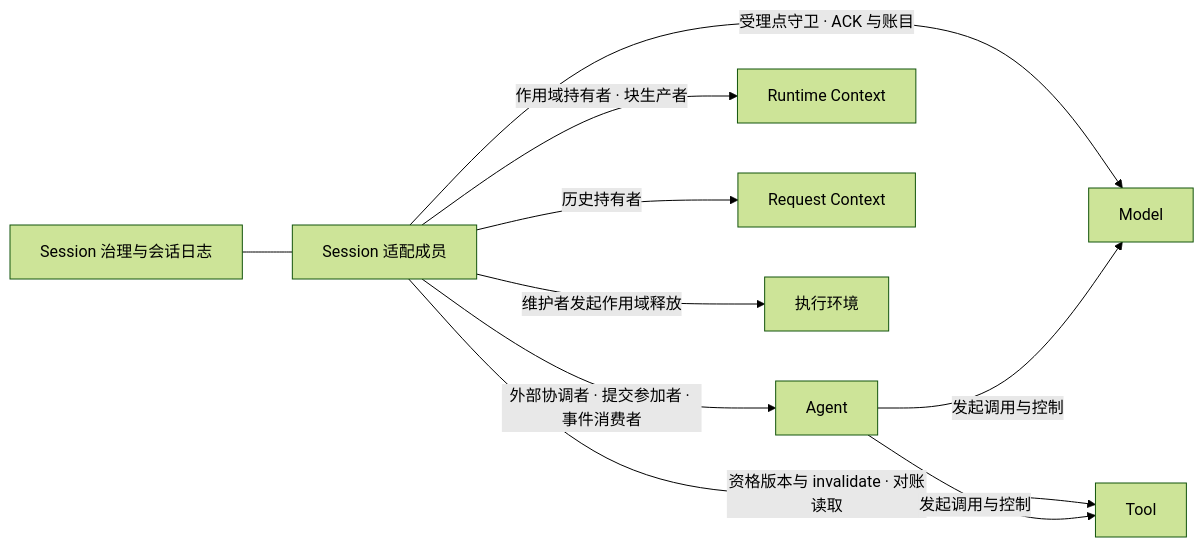
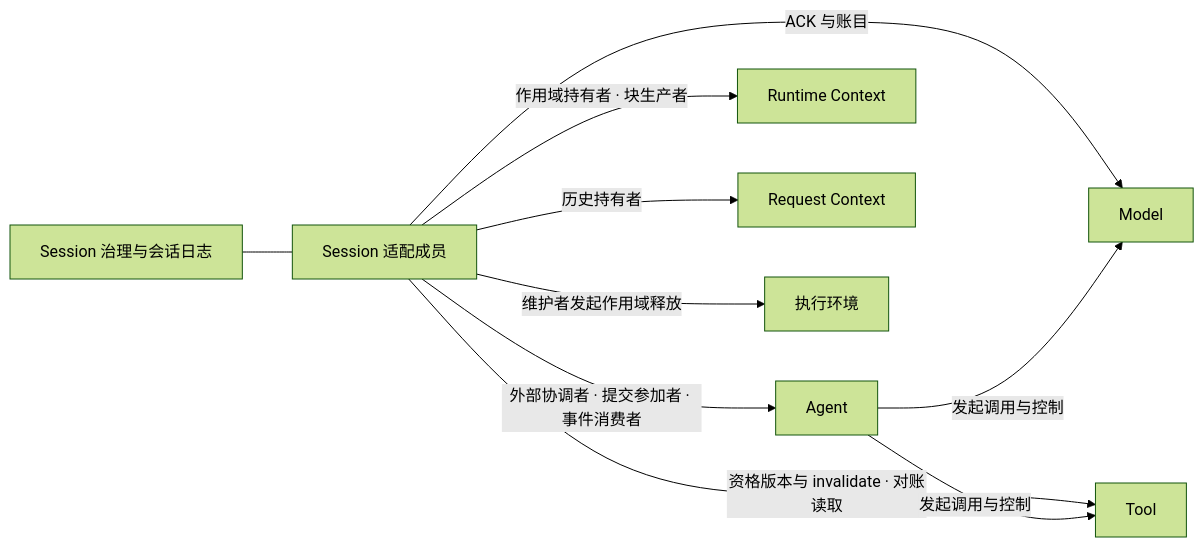
One commit to nemori-ai/omne-harness-lite changed the first of 9 diagrams in docs/architecture/runtime/session-and-run.md. Above: the diagram before and after it, drawn with Mermaid (forest theme). The commit also changed other lines of this file and 71 other files, not shown here.

````diff
--- a/docs/architecture/runtime/session-and-run.md
+++ b/docs/architecture/runtime/session-and-run.md
@@ -40,12 +40,12 @@
 ```mermaid
 flowchart LR
     Gov[Session 治理与会话日志] --- Adapters[Session 适配成员]
     Adapters -->|外部协调者 · 提交参加者 · 事件消费者| Agent[Agent]
-    Adapters -->|受理点守卫 · ACK 与账目| Model[Model]
+    Adapters -->|ACK 与账目| Model[Model]
     Adapters -->|资格版本与 invalidate · 对账读取| Tool[Tool]
     Adapters -->|作用域持有者 · 块生产者| RC[Runtime Context]
     Adapters -->|历史持有者| RQ[Request Context]
     Adapters -->|维护者发起作用域释放| EE[执行环境]
     Agent -->|发起调用与控制| Model
     Agent -->|发起调用与控制| Tool
 ```
````
